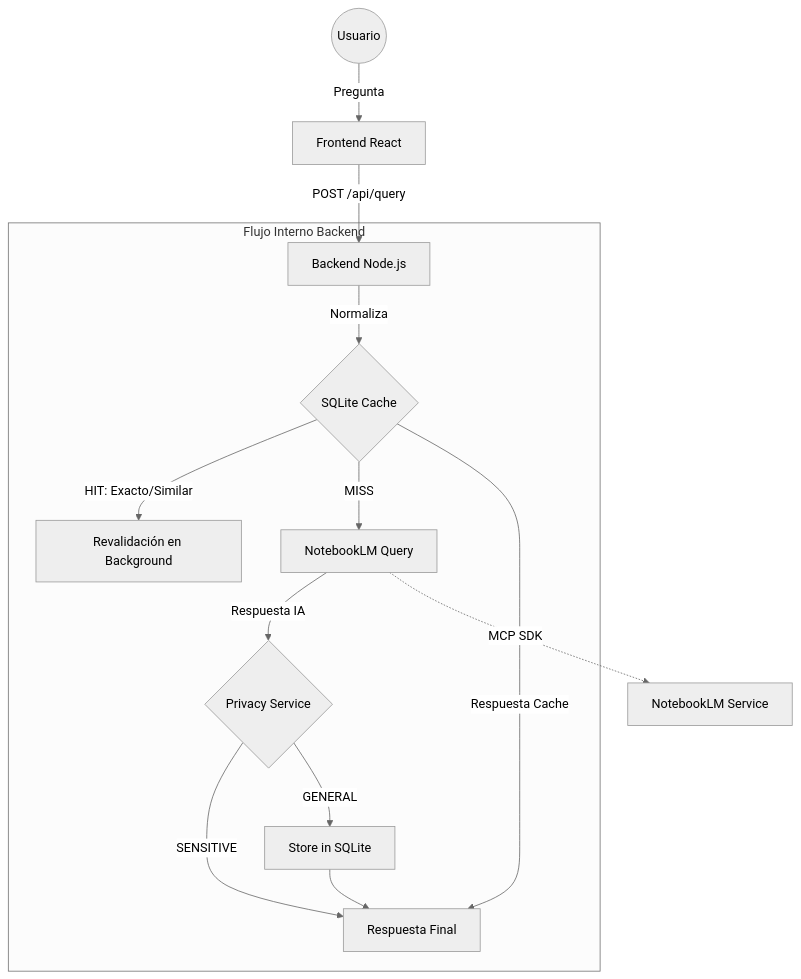
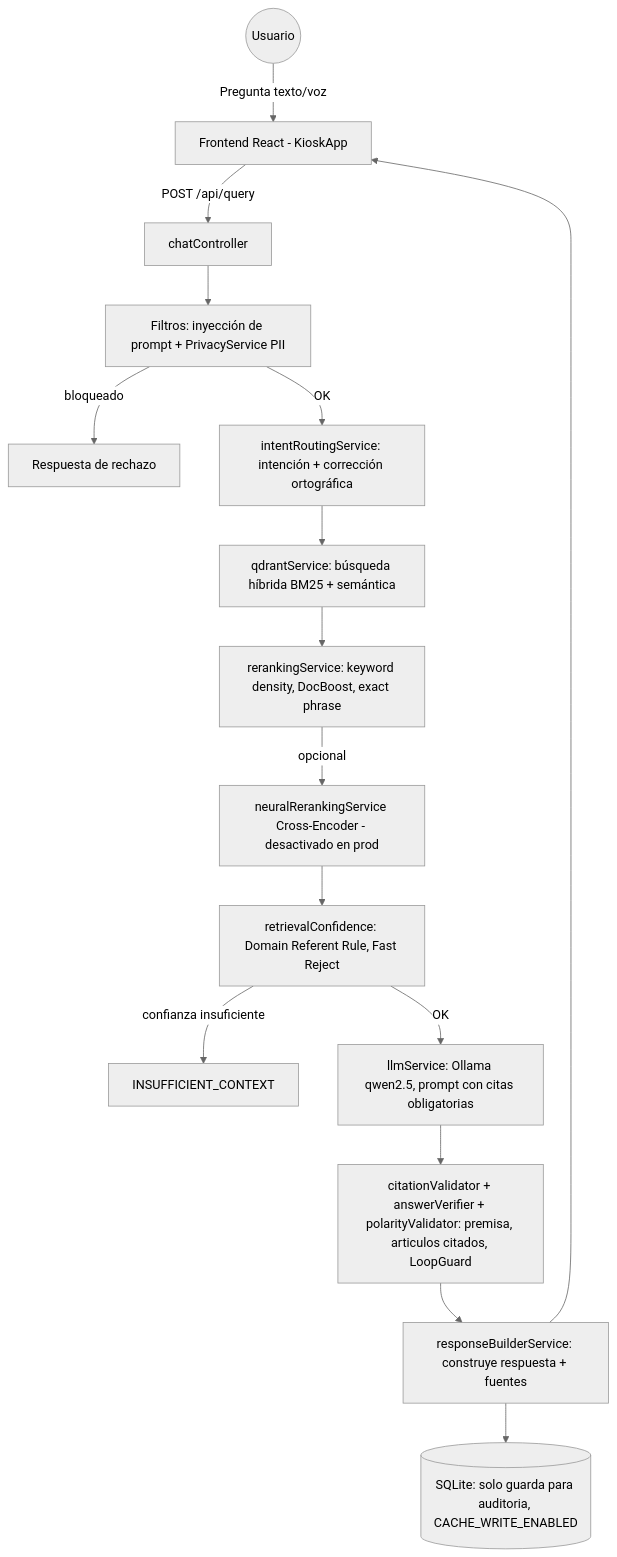
Before and after one commit to ProgramadorPlastitec01/IA_V2: the diagram in project-docs/DOCUMENTACION_TECNICA.md, drawn with Mermaid (neutral theme). The commit also changed other lines of this file and 23 other files, not shown here.

````diff
--- a/project-docs/DOCUMENTACION_TECNICA.md
+++ b/project-docs/DOCUMENTACION_TECNICA.md
@@ -28,20 +31,22 @@
 ```mermaid
 graph TD
-    User((Usuario)) -->|Pregunta| Frontend[Frontend React]
-    Frontend -->|POST /api/query| Backend[Backend Node.js]
-    
-    subgraph Backend_Process [Flujo Interno Backend]
-        Backend -->|Normaliza| DB_Check{SQLite Cache}
-        DB_Check -->|HIT: Exacto/Similar| Revalidate[Revalidación en Background]
-        DB_Check -->|MISS| IA_Query[NotebookLM Query]
-        
-        IA_Query -->|Respuesta IA| Privacy{Privacy Service}
-        Privacy -->|SENSITIVE| Send_Response
-        Privacy -->|GENERAL| DB_Store[Store in SQLite]
-    end
-    
-    DB_Check -->|Respuesta Cache| Send_Response[Respuesta Final]
-    DB_Store --> Send_Response
-    
-    IA_Query -.->|MCP SDK| NotebookLM[NotebookLM Service]
+    User((Usuario)) -->|Pregunta texto/voz| Frontend[Frontend React - KioskApp]
+    Frontend -->|POST /api/query| Backend[chatController]
+
+    Backend --> Guard[Filtros: inyección de prompt + PrivacyService PII]
+    Guard -->|bloqueado| Reject[Respuesta de rechazo]
+    Guard -->|OK| Intent[intentRoutingService: intención + corrección ortográfica]
+
+    Intent --> Retrieval[qdrantService: búsqueda híbrida BM25 + semántica]
+    Retrieval --> Rerank[rerankingService: keyword density, DocBoost, exact phrase]
+    Rerank -->|opcional| Neural[neuralRerankingService Cross-Encoder - desactivado en prod]
+    Neural --> Confidence[retrievalConfidence: Domain Referent Rule, Fast Reject]
+
+    Confidence -->|confianza insuficiente| NotFound[INSUFFICIENT_CONTEXT]
+    Confidence -->|OK| LLM[llmService: Ollama qwen2.5, prompt con citas obligatorias]
+
+    LLM --> Validate[citationValidator + answerVerifier + polarityValidator: premisa, articulos citados, LoopGuard]
+    Validate --> Response[responseBuilderService: construye respuesta + fuentes]
+    Response --> SQLiteAudit[(SQLite: solo guarda para auditoria, CACHE_WRITE_ENABLED)]
+    Response --> Frontend
 ```
````
